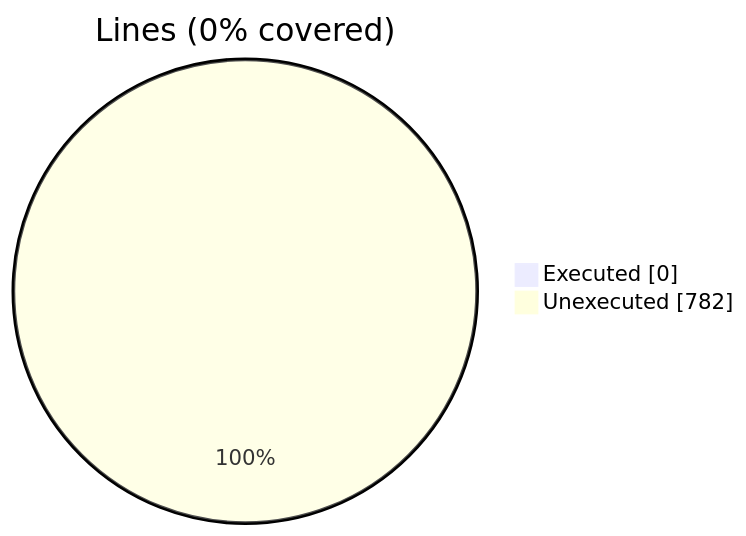
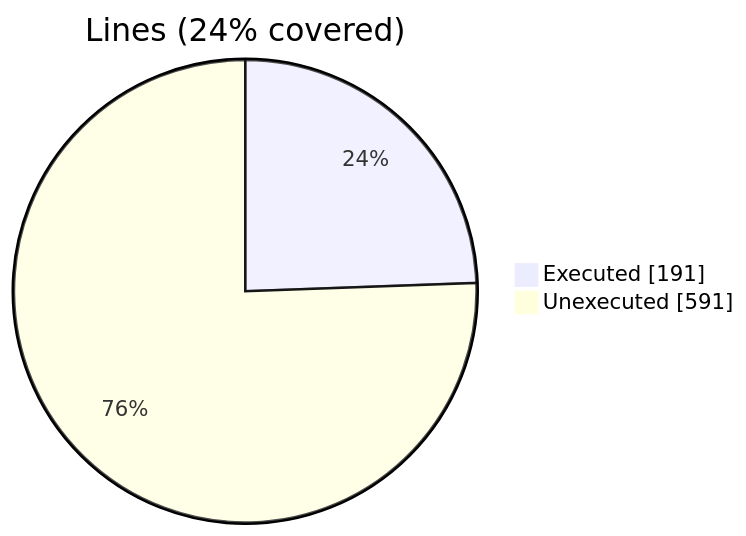
One commit to szaghi/VTKFortran changed the first of 2 diagrams in docs/guide/vtk_fortran_vtk_file_xml_writer_appended.f90.gcov.md. Above: the diagram before and after it, drawn with Mermaid. The commit also changed other lines of this file and 9 other files, not shown here.

````diff
--- a/docs/guide/vtk_fortran_vtk_file_xml_writer_appended.f90.gcov.md
+++ b/docs/guide/vtk_fortran_vtk_file_xml_writer_appended.f90.gcov.md
@@ -10,6 +10,6 @@
 ```mermaid
 pie showData
-    title Lines (0% covered)
-    "Executed" : 0
-    "Unexecuted" : 782
+    title Lines (24% covered)
+    "Executed" : 191
+    "Unexecuted" : 591
 ```
````
